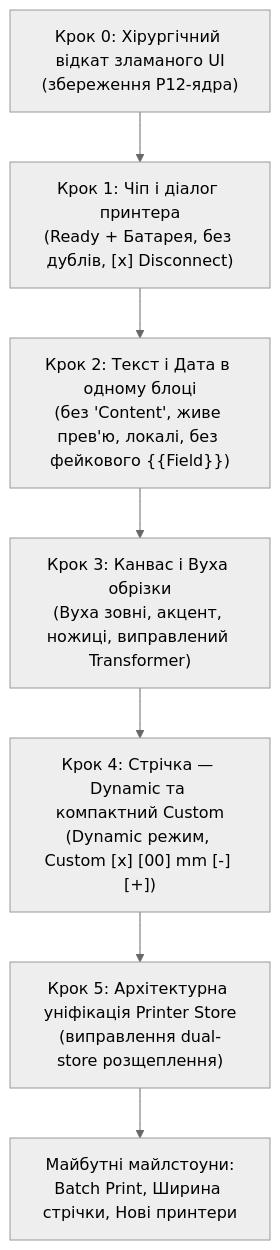
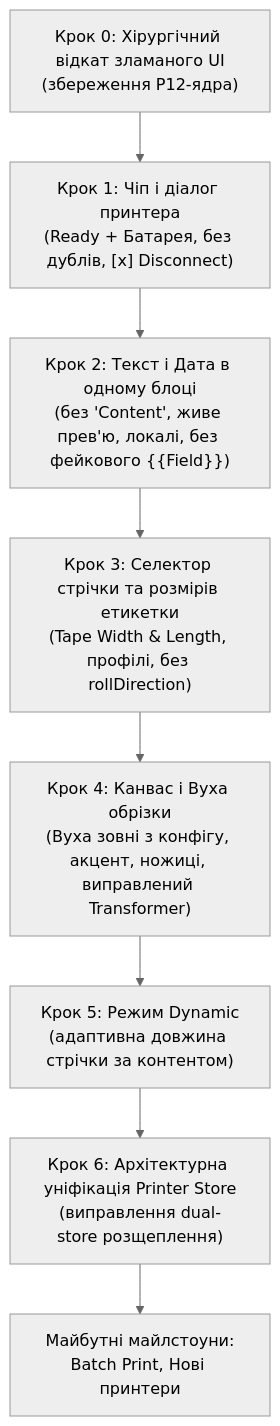
Before and after one commit to phanex/thermoprint: the diagram in ROADMAP.md, drawn with Mermaid (neutral theme). The commit also changed other lines of this file, not shown here.

Commit message:
docs(roadmap): reorganize Step 3 for tape width & length selector, update sequence

````diff
--- a/ROADMAP.md
+++ b/ROADMAP.md
@@ -56,9 +56,10 @@
 ```mermaid
 flowchart TD
     Step0["Крок 0: Хірургічний відкат зламаного UI<br/>(збереження P12-ядра)"] --> Step1
     Step1["Крок 1: Чіп і діалог принтера<br/>(Ready + Батарея, без дублів, [x] Disconnect)"] --> Step2
     Step2["Крок 2: Текст і Дата в одному блоці<br/>(без 'Content', живе прев'ю, локалі, без фейкового {{Field}})"] --> Step3
-    Step3["Крок 3: Канвас і Вуха обрізки<br/>(Вуха зовні, акцент, ножиці, виправлений Transformer)"] --> Step4
-    Step4["Крок 4: Стрічка — Dynamic та компактний Custom<br/>(Dynamic режим, Custom [x] [00] mm [-] [+])"] --> Step5
-    Step5["Крок 5: Архітектурна уніфікація Printer Store<br/>(виправлення dual-store розщеплення)"] --> Future["Майбутні майлстоуни:<br/>Batch Print, Ширина стрічки, Нові принтери"]
+    Step3["Крок 3: Селектор стрічки та розмірів етикетки<br/>(Tape Width & Length, профілі, без rollDirection)"] --> Step4
+    Step4["Крок 4: Канвас і Вуха обрізки<br/>(Вуха зовні з конфігу, акцент, ножиці, виправлений Transformer)"] --> Step5
+    Step5["Крок 5: Режим Dynamic<br/>(адаптивна довжина стрічки за контентом)"] --> Step6
+    Step6["Крок 6: Архітектурна уніфікація Printer Store<br/>(виправлення dual-store розщеплення)"] --> Future["Майбутні майлстоуни:<br/>Batch Print, Нові принтери"]
 ```
````
